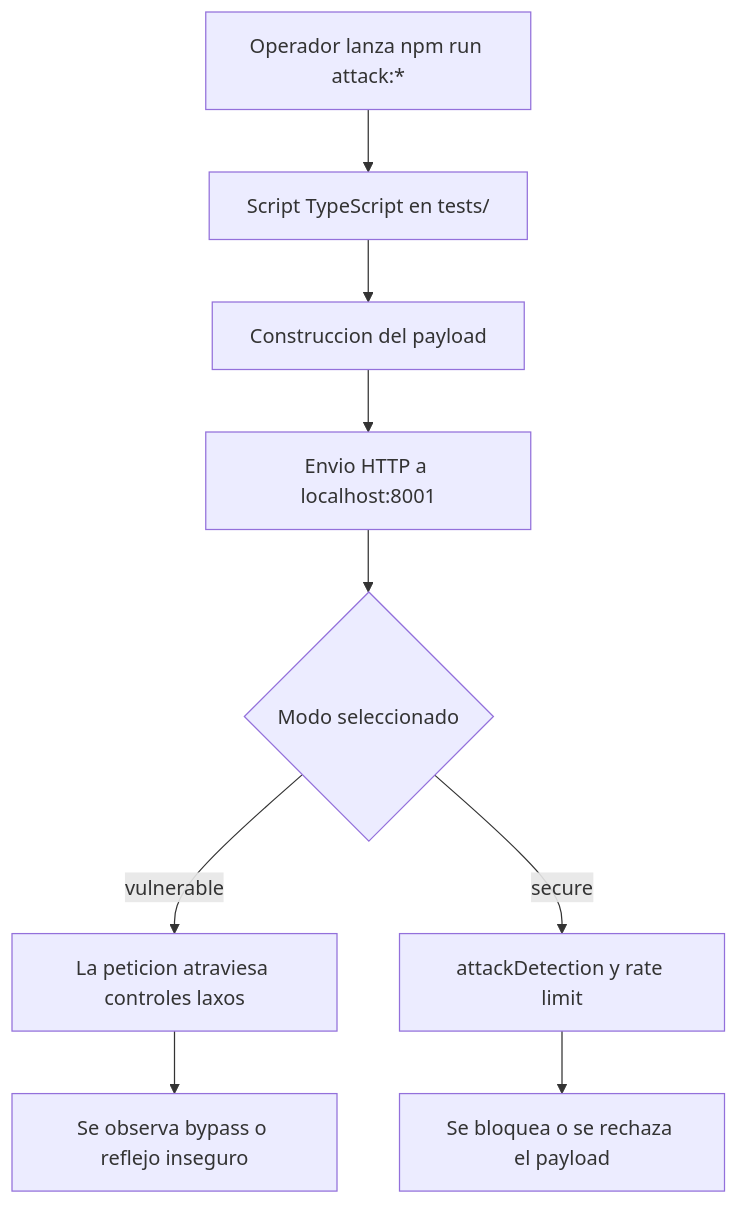
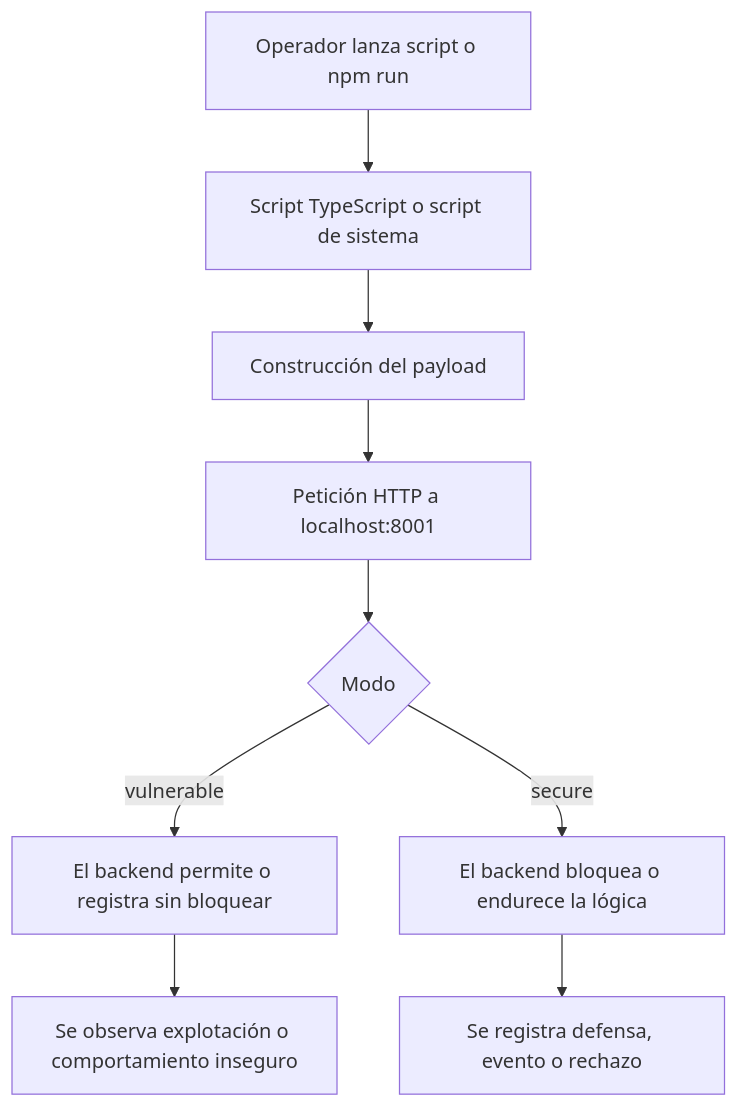
Before and after one commit to ewsophie333-lgtm/sofia-solutions: the diagram in sofia-backend/ATTACK-SCRIPTS.md, drawn with Mermaid. The commit also changed other lines of this file and 34 other files, not shown here.

````diff
--- a/sofia-backend/ATTACK-SCRIPTS.md
+++ b/sofia-backend/ATTACK-SCRIPTS.md
@@ -9,11 +29,11 @@
 ```mermaid
 flowchart TD
-    A[Operador lanza npm run attack:*] --> B[Script TypeScript en tests/]
-    B --> C[Construccion del payload]
-    C --> D[Envio HTTP a localhost:8001]
-    D --> E{Modo seleccionado}
-    E -->|vulnerable| F[La peticion atraviesa controles laxos]
-    E -->|secure| G[attackDetection y rate limit]
-    F --> H[Se observa bypass o reflejo inseguro]
-    G --> I[Se bloquea o se rechaza el payload]
+    A[Operador lanza script o npm run] --> B[Script TypeScript o script de sistema]
+    B --> C[Construcción del payload]
+    C --> D[Petición HTTP a localhost:8001]
+    D --> E{Modo}
+    E -->|vulnerable| F[El backend permite o registra sin bloquear]
+    E -->|secure| G[El backend bloquea o endurece la lógica]
+    F --> H[Se observa explotación o comportamiento inseguro]
+    G --> I[Se registra defensa, evento o rechazo]
 ```
````
